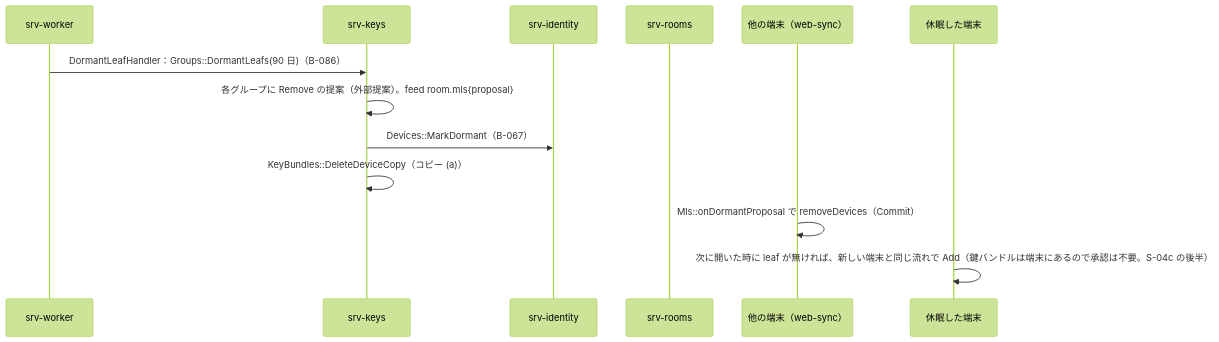
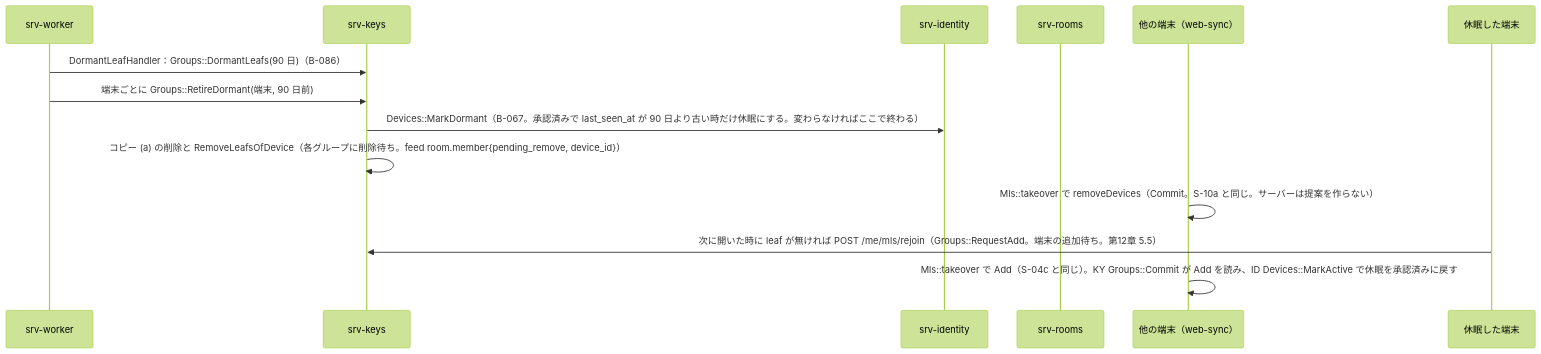
The sixth of 7 diagrams in dev/docs/jp/シーケンス/10_構成の変化.md (nrsd-ishikawasou/family-talk-pwa), drawn with Mermaid (forest theme) before and after one commit. The commit also changed other lines of this file and 165 other files, not shown here.

````diff
--- a/dev/docs/jp/シーケンス/10_構成の変化.md
+++ b/dev/docs/jp/シーケンス/10_構成の変化.md
@@ -176,15 +179,16 @@
 ```mermaid
 sequenceDiagram
   participant WK as srv-worker
   participant KY as srv-keys
   participant ID as srv-identity
   participant RM as srv-rooms
   participant E as 他の端末（web-sync）
   participant D as 休眠した端末
   WK->>KY: DormantLeafHandler：Groups::DormantLeafs(90 日)（B-086）
-  KY->>KY: 各グループに Remove の提案（外部提案）。feed room.mls{proposal}
-  KY->>ID: Devices::MarkDormant（B-067）
-  KY->>KY: KeyBundles::DeleteDeviceCopy（コピー (a)）
-  E->>E: Mls::onDormantProposal で removeDevices（Commit）
-  D->>D: 次に開いた時に leaf が無ければ、新しい端末と同じ流れで Add（鍵バンドルは端末にあるので承認は不要。S-04c の後半）
+  WK->>KY: 端末ごとに Groups::RetireDormant(端末, 90 日前)
+  KY->>ID: Devices::MarkDormant（B-067。承認済みで last_seen_at が 90 日より古い時だけ休眠にする。変わらなければここで終わる）
+  KY->>KY: コピー (a) の削除と RemoveLeafsOfDevice（各グループに削除待ち。feed room.member{pending_remove, device_id}）
+  E->>E: Mls::takeover で removeDevices（Commit。S-10a と同じ。サーバーは提案を作らない）
+  D->>KY: 次に開いた時に leaf が無ければ POST /me/mls/rejoin（Groups::RequestAdd。端末の追加待ち。第12章 5.5）
+  E->>E: Mls::takeover で Add（S-04c と同じ）。KY Groups::Commit が Add を読み、ID Devices::MarkActive で休眠を承認済みに戻す
 ```
````
